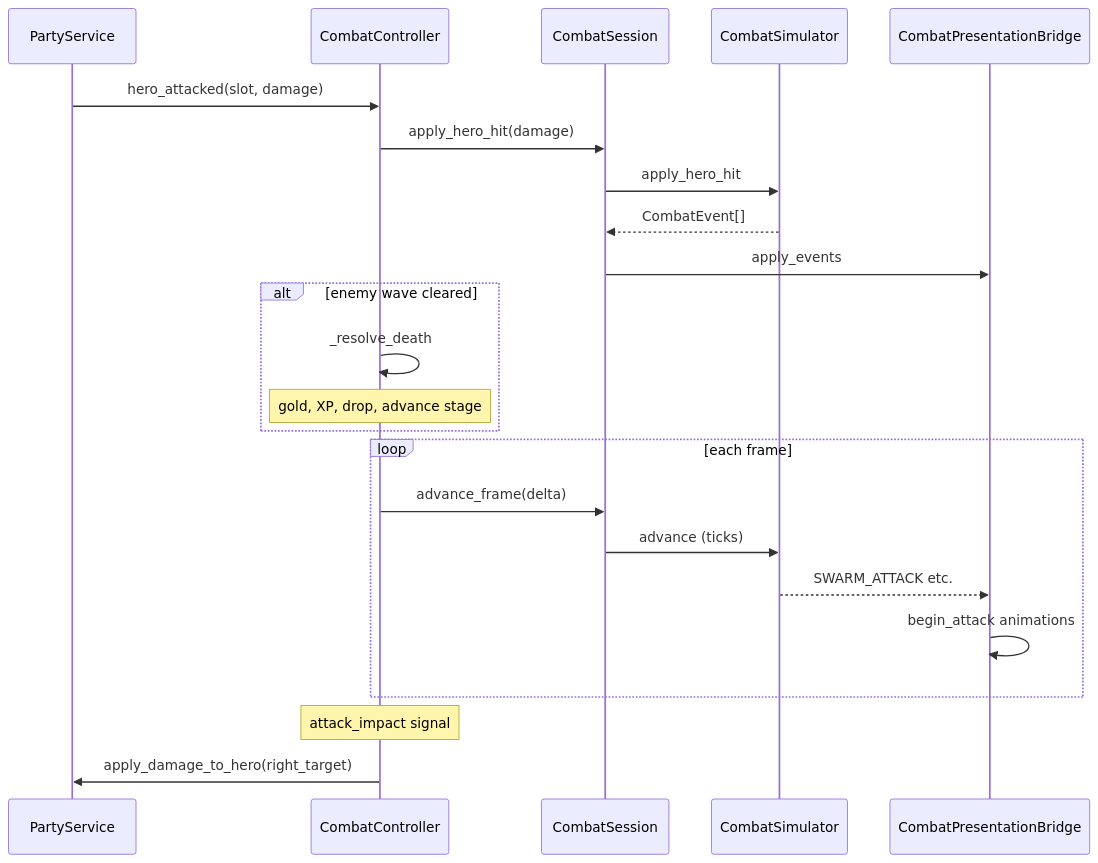
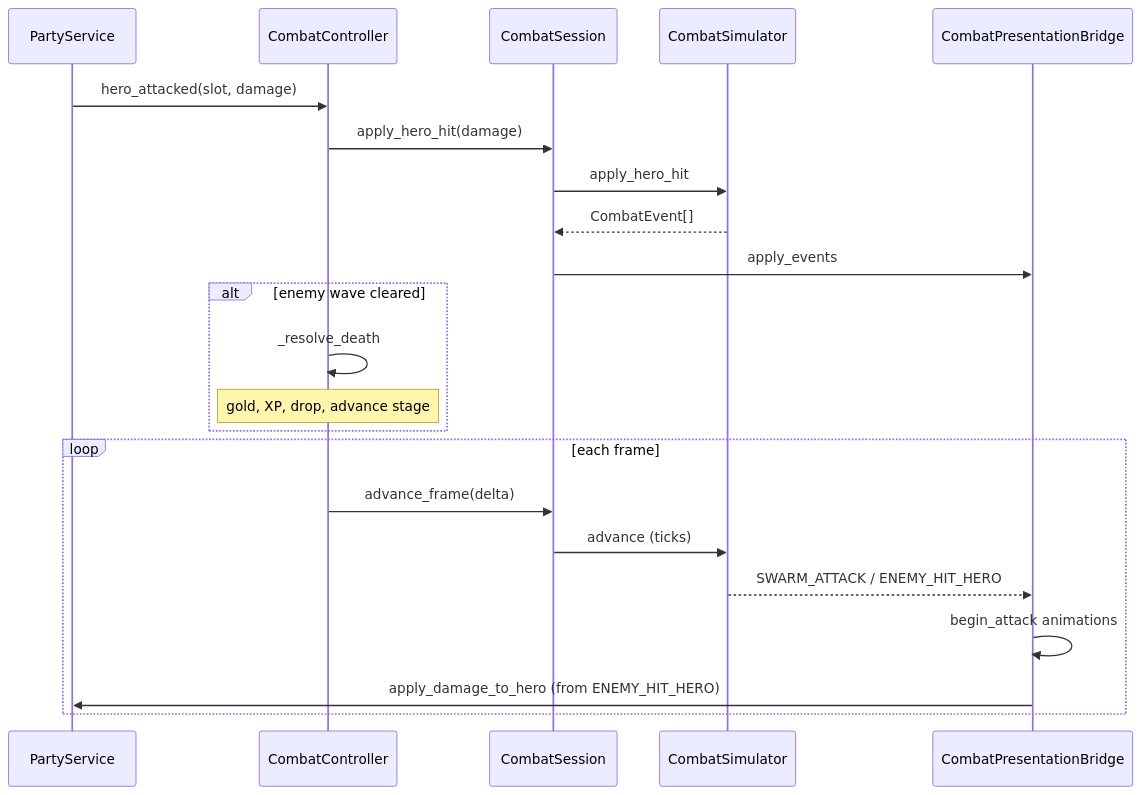
One commit to JoseVictorVicente/StickmanGame-Godot changed the diagram in docs/architecture/combat.md. Above: the diagram before and after it, drawn with Mermaid. The commit also changed other lines of this file and 21 other files, not shown here.

````diff
--- a/docs/architecture/combat.md
+++ b/docs/architecture/combat.md
@@ -84,28 +114,26 @@
 ```mermaid
 sequenceDiagram
 	participant PM as PartyService
 	participant CC as CombatController
 	participant CS as CombatSession
 	participant SIM as CombatSimulator
 	participant BR as CombatPresentationBridge
 
 	PM->>CC: hero_attacked(slot, damage)
 	CC->>CS: apply_hero_hit(damage)
 	CS->>SIM: apply_hero_hit
 	SIM-->>CS: CombatEvent[]
 	CS->>BR: apply_events
 	alt enemy wave cleared
 		CC->>CC: _resolve_death
 		Note over CC: gold, XP, drop, advance stage
 	end
 
 	loop each frame
 		CC->>CS: advance_frame(delta)
 		CS->>SIM: advance (ticks)
-		SIM-->>BR: SWARM_ATTACK etc.
+		SIM-->>BR: SWARM_ATTACK / ENEMY_HIT_HERO
 		BR->>BR: begin_attack animations
+		BR->>PM: apply_damage_to_hero (from ENEMY_HIT_HERO)
 	end
-
-	Note over CC: attack_impact signal
-	CC->>PM: apply_damage_to_hero(right_target)
 ```
````
